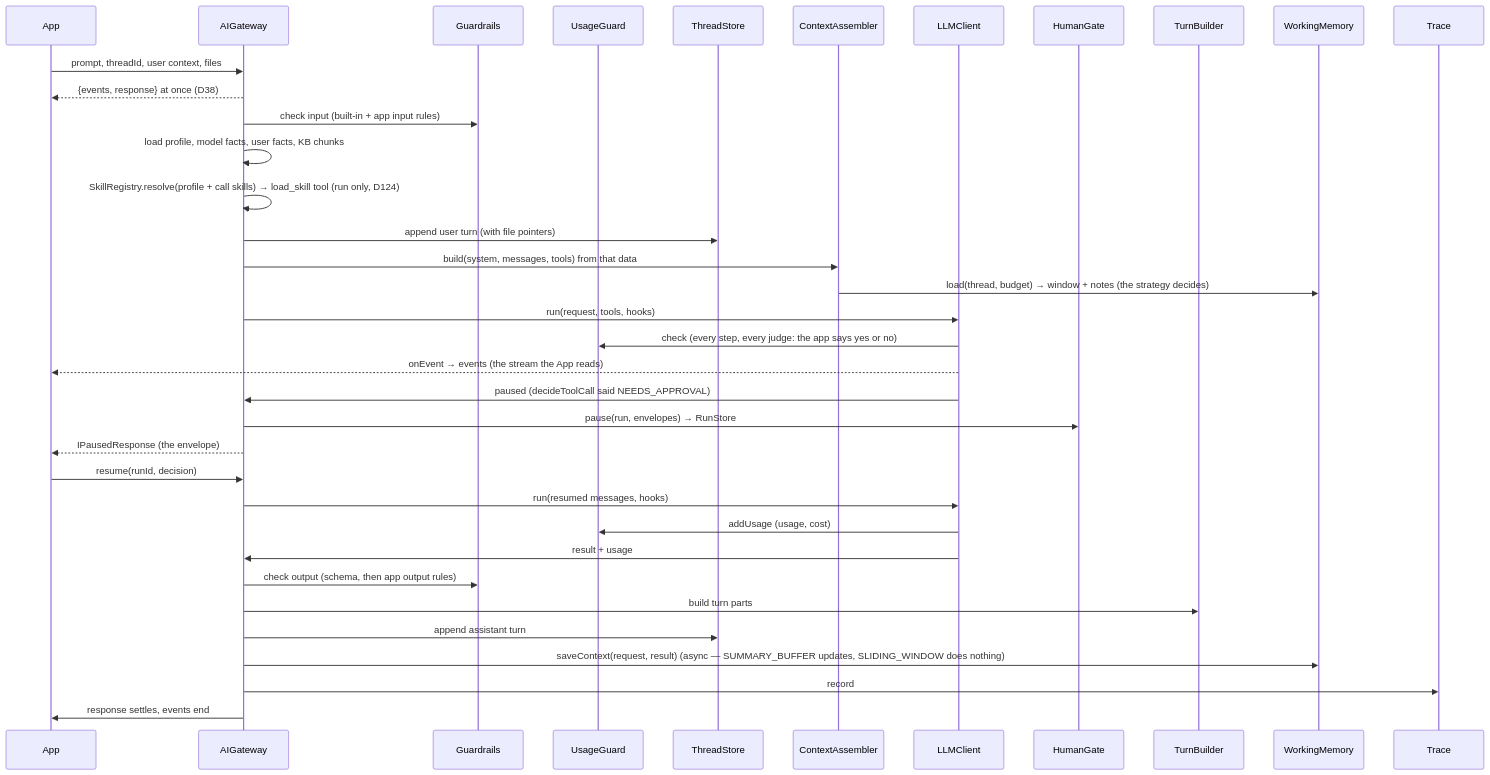
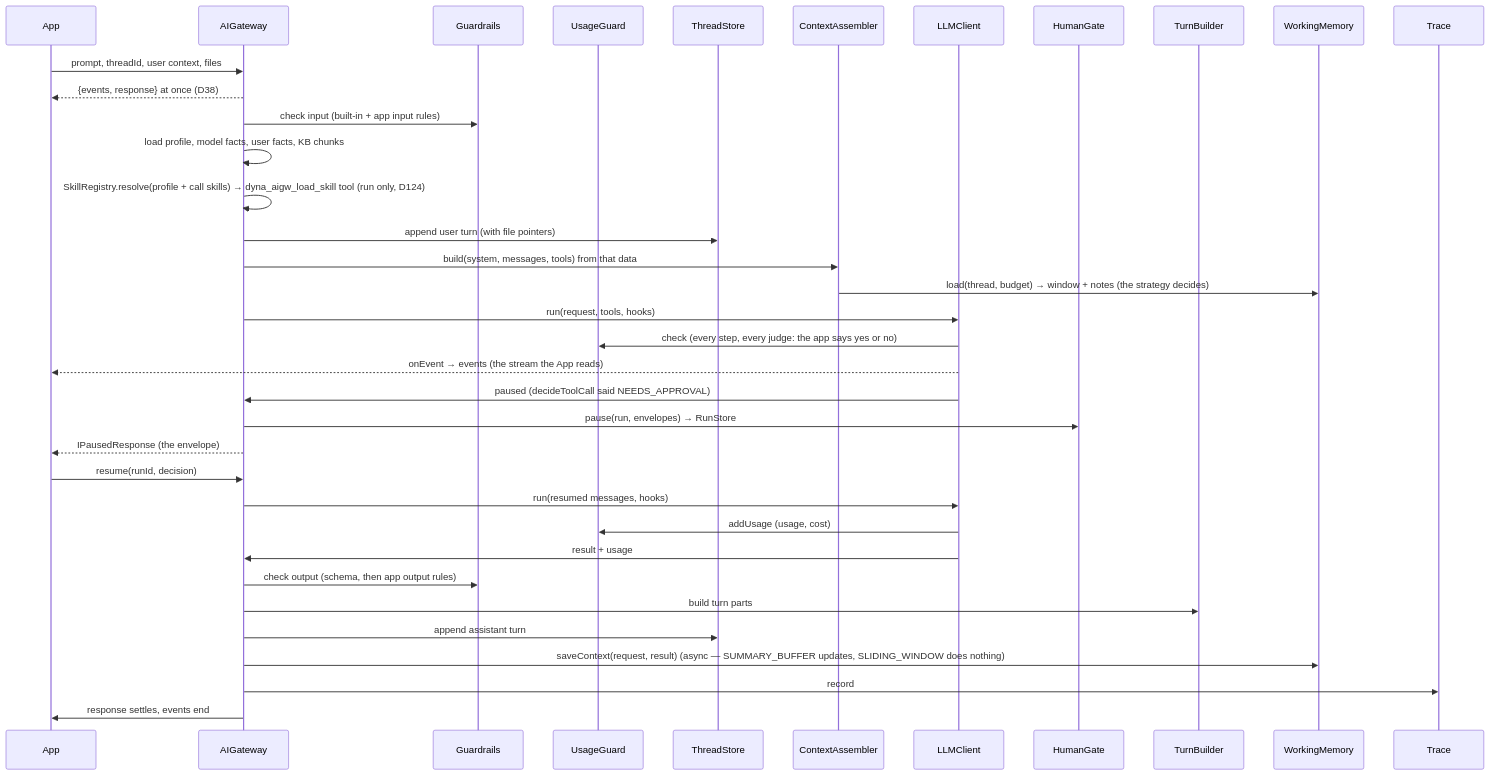
One commit to aneldev/dyna-ai-gateway changed the ninth of 9 diagrams in docs/60-architecture/00-blueprint-classes-and-connections.md. Above: the diagram before and after it, drawn with Mermaid. The commit also changed other lines of this file and 85 other files, not shown here.

First line of the commit message:
Daig 40111 prefix the built in tools with dyna aigw  (#5)

````diff
--- a/docs/60-architecture/00-blueprint-classes-and-connections.md
+++ b/docs/60-architecture/00-blueprint-classes-and-connections.md
@@ -292,39 +292,39 @@
 ```mermaid
 sequenceDiagram
   participant App
   participant GW as AIGateway
   participant GR as Guardrails
   participant UG as UsageGuard
   participant TS as ThreadStore
   participant CA as ContextAssembler
   participant DR as LLMClient
   participant HG as HumanGate
   participant TB as TurnBuilder
   participant WM as WorkingMemory
   participant TRC as Trace
 
   App->>GW: prompt, threadId, user context, files
   GW-->>App: {events, response} at once (D38)
   GW->>GR: check input (built-in + app input rules)
   GW->>GW: load profile, model facts, user facts, KB chunks
-  GW->>GW: SkillRegistry.resolve(profile + call skills) → load_skill tool (run only, D124)
+  GW->>GW: SkillRegistry.resolve(profile + call skills) → dyna_aigw_load_skill tool (run only, D124)
   GW->>TS: append user turn (with file pointers)
   GW->>CA: build(system, messages, tools) from that data
   CA->>WM: load(thread, budget) → window + notes (the strategy decides)
   GW->>DR: run(request, tools, hooks)
   DR->>UG: check (every step, every judge: the app says yes or no)
   DR-->>App: onEvent → events (the stream the App reads)
   DR->>GW: paused (decideToolCall said NEEDS_APPROVAL)
   GW->>HG: pause(run, envelopes) → RunStore
   GW-->>App: IPausedResponse (the envelope)
   App->>GW: resume(runId, decision)
   GW->>DR: run(resumed messages, hooks)
   DR->>UG: addUsage (usage, cost)
   DR->>GW: result + usage
   GW->>GR: check output (schema, then app output rules)
   GW->>TB: build turn parts
   GW->>TS: append assistant turn
   GW->>WM: saveContext(request, result) (async — SUMMARY_BUFFER updates, SLIDING_WINDOW does nothing)
   GW->>TRC: record
   GW->>App: response settles, events end
 ```
````
